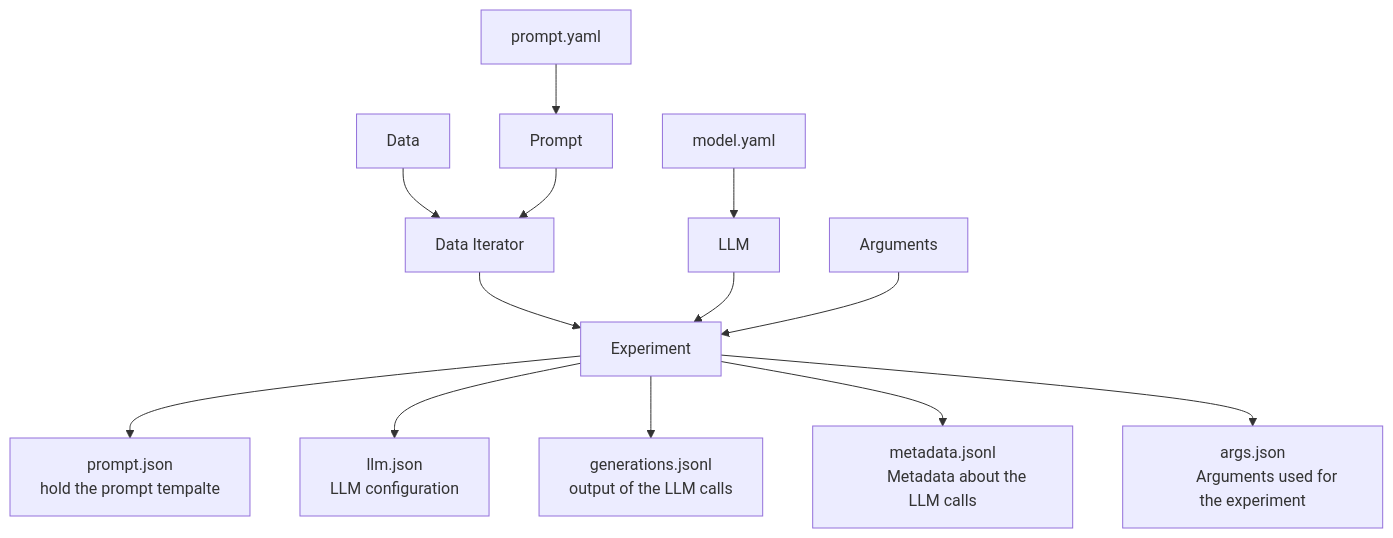
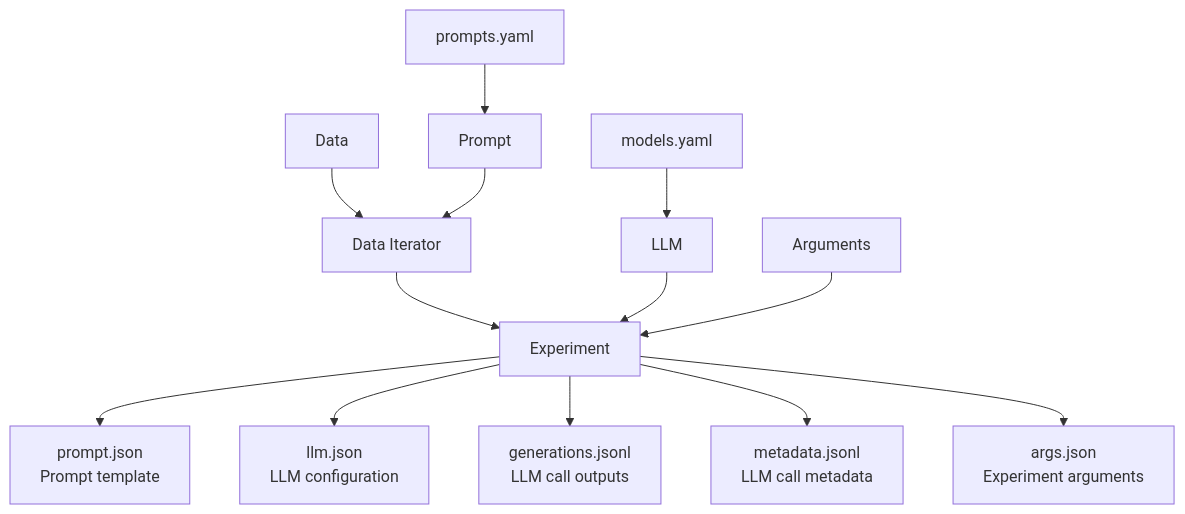
The diagram in scicoqa/core/README.md (UKPLab/scicoqa), drawn with Mermaid before and after one commit. The commit also changed 25 other files, not shown here.

````diff
--- a/scicoqa/core/README.md
+++ b/scicoqa/core/README.md
@@ -12,26 +13,15 @@
 ```mermaid
-
 graph TD
-    config_prompt[prompt.yaml] --> cls_prompt[Prompt]
+    config_prompt[prompts.yaml] --> cls_prompt[Prompt]
     raw_data[Data] --> cls_iterator[Data Iterator]
     cls_prompt --> cls_iterator
-    config_model[model.yaml] --> cls_llm[LLM]
+    config_model[models.yaml] --> cls_llm[LLM]
     cls_iterator --> cls_experiment[Experiment]
     cls_llm --> cls_experiment
     cls_args[Arguments] --> cls_experiment
-    cls_experiment --> prompt.json[prompt.json 
-    hold the prompt tempalte
-    ]
-    cls_experiment --> llm.json[llm.json
-        LLM configuration
-    ]
-    cls_experiment --> generations.jsonl[generations.jsonl
-        output of the LLM calls
-    ]
-    cls_experiment --> metadata.jsonl[metadata.jsonl
-        Metadata about the LLM calls
-    ]
-    cls_experiment --> args.json[args.json
-        Arguments used for the experiment
-    ]
+    cls_experiment --> prompt_json["prompt.json<br/>Prompt template"]
+    cls_experiment --> llm_json["llm.json<br/>LLM configuration"]
+    cls_experiment --> generations_jsonl["generations.jsonl<br/>LLM call outputs"]
+    cls_experiment --> metadata_jsonl["metadata.jsonl<br/>LLM call metadata"]
+    cls_experiment --> args_json["args.json<br/>Experiment arguments"]
 ```
````
